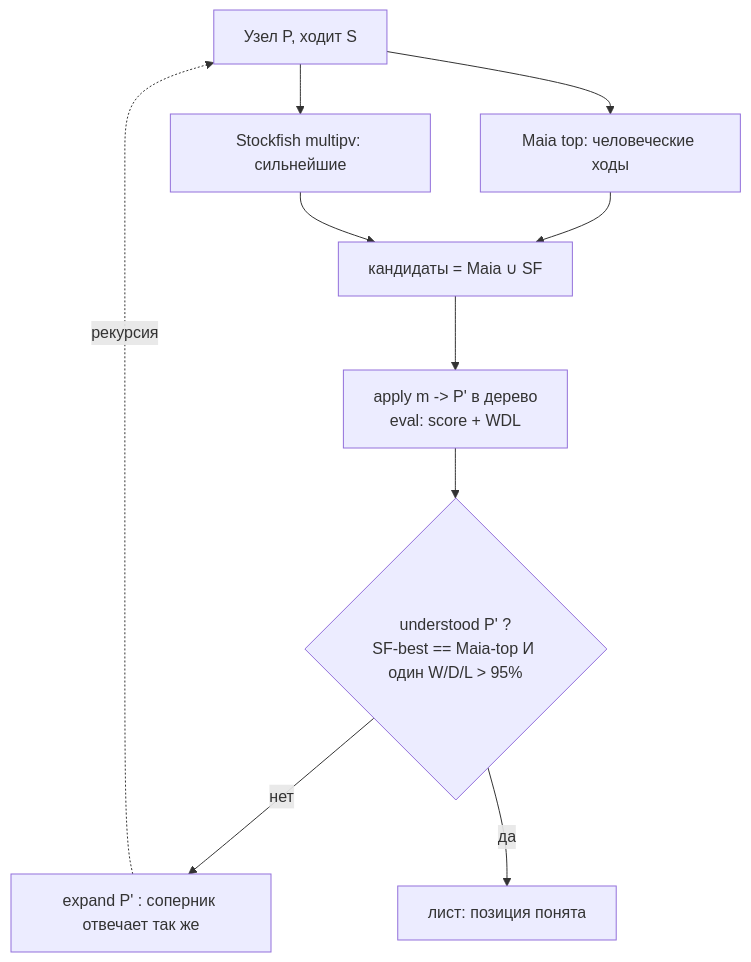
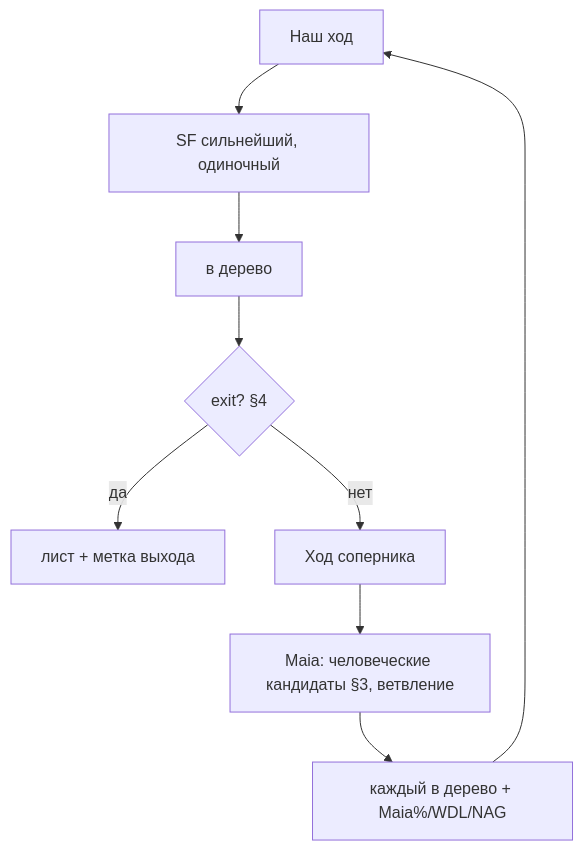
Before and after one commit to StasPiv/kingside: the diagram in docs/adr/165-algorithmic-visual-position-review.md, drawn with Mermaid. The commit also changed other lines of this file, not shown here.

Commit message:
docs(adr): ADR-165 rev4 — дерево репертуара, асимметрия SF/Maia, точки выхода, полнота вместо режущих лимитов [KS-4951]

````diff
--- a/docs/adr/165-algorithmic-visual-position-review.md
+++ b/docs/adr/165-algorithmic-visual-position-review.md
@@ -49,12 +50,10 @@
 ```mermaid
 flowchart TD
-    ROOT[Узел P, ходит S] --> MAIA[Maia top: человеческие ходы]
-    ROOT --> SF[Stockfish multipv: сильнейшие]
-    MAIA --> MIX[кандидаты = Maia ∪ SF]
-    SF --> MIX
-    MIX --> APPLY[apply m -> P' в дерево<br/>eval: score + WDL]
-    APPLY --> CHK{understood P' ?<br/>SF-best == Maia-top И один W/D/L > 95%}
-    CHK -->|нет| ROOT2[expand P' : соперник отвечает так же]
-    CHK -->|да| LEAF[лист: позиция понята]
-    ROOT2 -.рекурсия.-> ROOT
+    OUR[Наш ход] --> SF[SF сильнейший, одиночный] --> APPLY1[в дерево]
+    APPLY1 --> EXIT{exit? §4}
+    EXIT -->|да| LEAF[лист + метка выхода]
+    EXIT -->|нет| OPP[Ход соперника]
+    OPP --> MAIA[Maia: человеческие кандидаты §3, ветвление]
+    MAIA --> APPLY2[каждый в дерево + Maia%/WDL/NAG]
+    APPLY2 --> OUR
 ```
````
